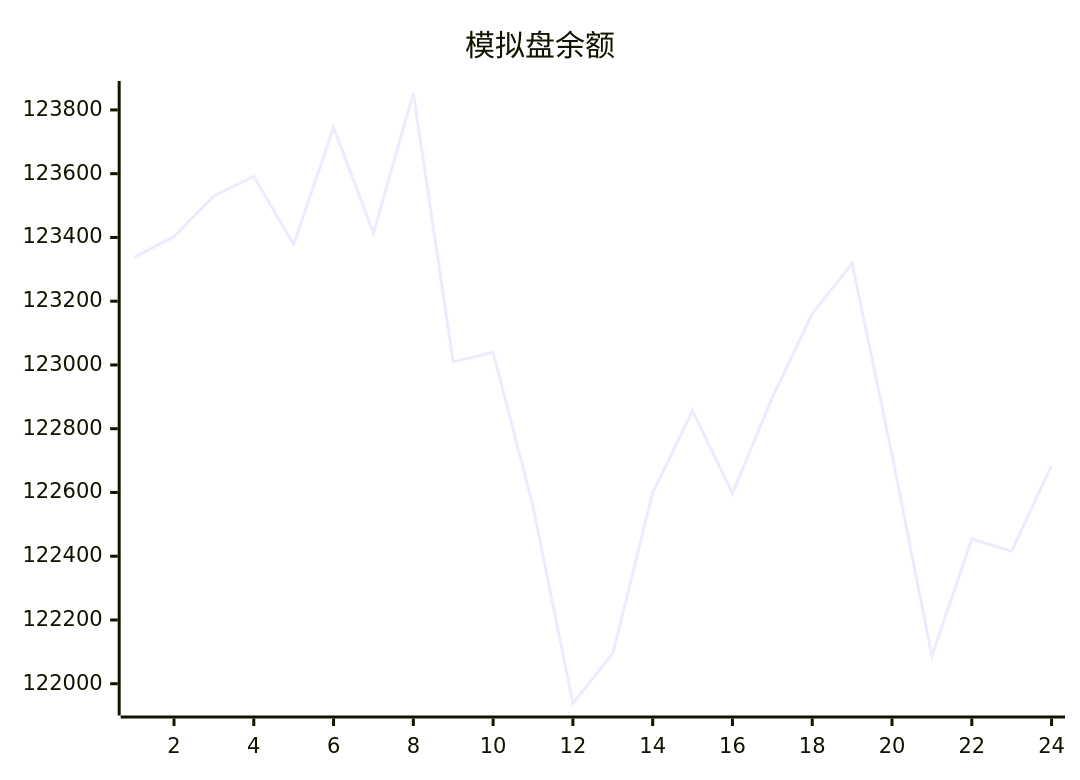
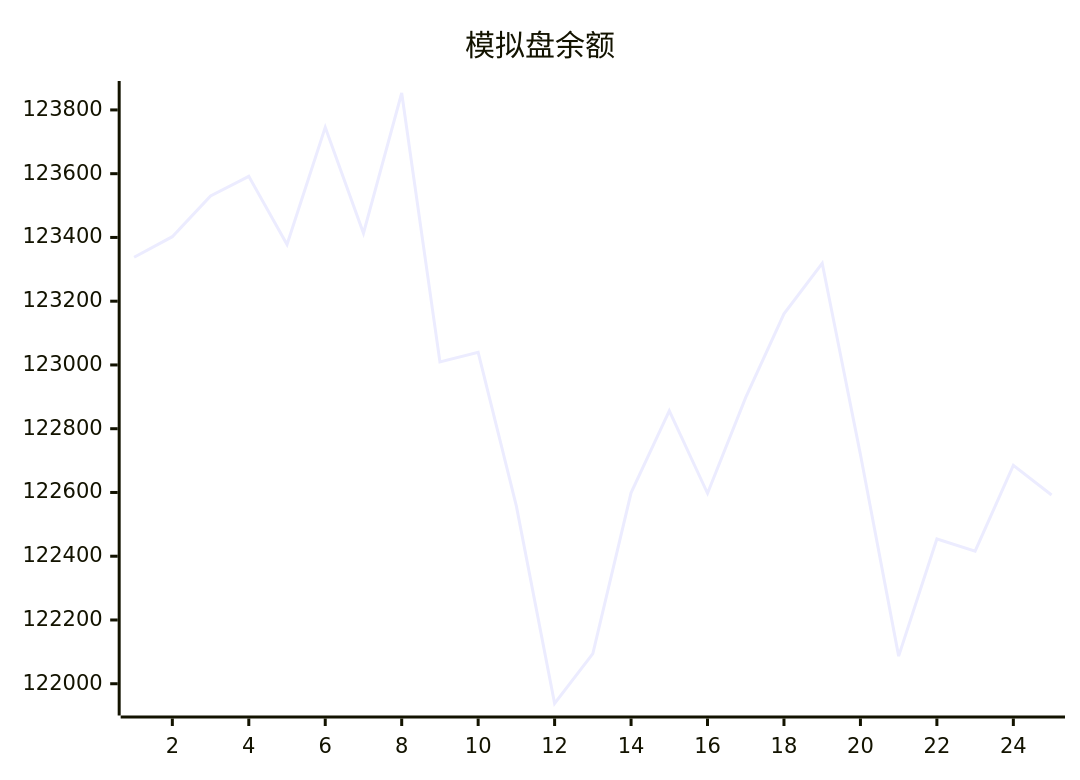
One commit to aahl/mcp-aktools changed the diagram in trading/README.md. Above: the diagram before and after it, drawn with Mermaid. The commit also changed 1 other file, not shown here.

Commit message:
📈 AkTools MCP Server

````diff
--- a/trading/README.md
+++ b/trading/README.md
@@ -3,5 +3,5 @@
 ```mermaid
 xychart
     title "模拟盘余额"
-    line [123337.9,123402.4,123530.3,123591.6,123377.9,123745.3,123413.3,123853.1,123009.4,123039.8,122557.0,121938.0,122094.6,122599.0,122856.1,122597.3,122898.1,123160.2,123318.8,122719.1,122086.7,122454.1,122415.9,122685.2]
+    line [123337.9,123402.4,123530.3,123591.6,123377.9,123745.3,123413.3,123853.1,123009.4,123039.8,122557.0,121938.0,122094.6,122599.0,122856.1,122597.3,122898.1,123160.2,123318.8,122719.1,122086.7,122454.1,122415.9,122685.2,122591.9]
 ```
````
